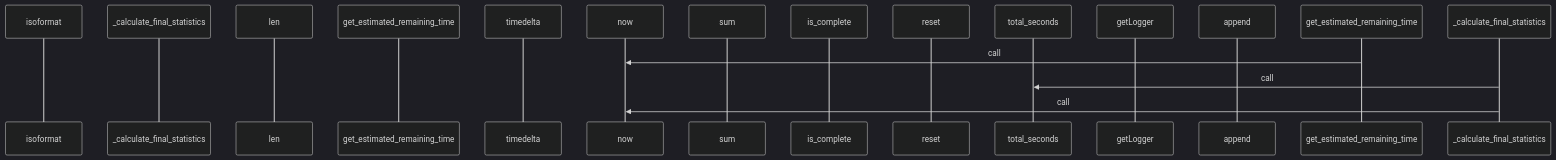
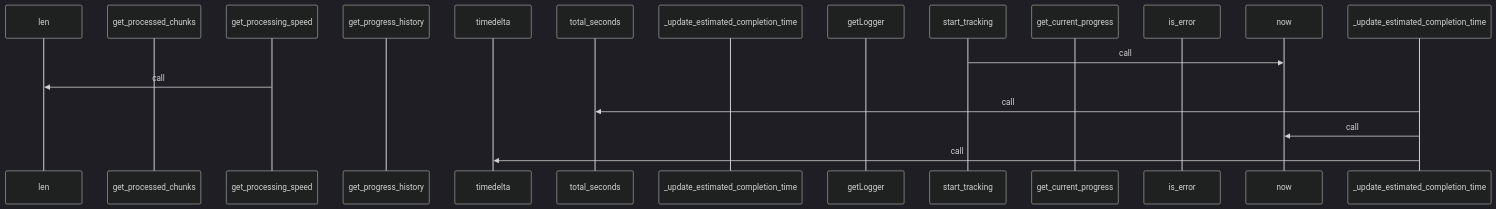
Before and after one commit to yeonjae-personal/codemuse-backend: the third of 4 diagrams in generated_docs/rule_analyzer/streaming/utils/progress_tracker.md, drawn with Mermaid (dark theme). The commit also changed other lines of this file and 3378 other files, not shown here.

````diff
--- a/generated_docs/rule_analyzer/streaming/utils/progress_tracker.md
+++ b/generated_docs/rule_analyzer/streaming/utils/progress_tracker.md
@@ -246,18 +246,20 @@
 ```mermaid
 sequenceDiagram
-  participant isoformat as isoformat
-  participant _calculate_final_statist as _calculate_final_statistics
   participant len as len
-  participant get_estimated_remaining_ as get_estimated_remaining_time
+  participant get_processed_chunks as get_processed_chunks
+  participant get_processing_speed as get_processing_speed
+  participant get_progress_history as get_progress_history
   participant timedelta as timedelta
+  participant total_seconds as total_seconds
+  participant _update_estimated_comple as _update_estimated_completion_time
+  participant getLogger as getLogger
+  participant start_tracking as start_tracking
+  participant get_current_progress as get_current_progress
+  participant is_error as is_error
   participant now as now
-  participant sum as sum
-  participant is_complete as is_complete
-  participant reset as reset
-  participant total_seconds as total_seconds
-  participant getLogger as getLogger
-  participant append as append
-  get_estimated_remaining_time->>now: call
-  _calculate_final_statistics->>total_seconds: call
-  _calculate_final_statistics->>now: call
+  start_tracking->>now: call
+  get_processing_speed->>len: call
+  _update_estimated_completion_time->>total_seconds: call
+  _update_estimated_completion_time->>now: call
+  _update_estimated_completion_time->>timedelta: call
 ```
````
